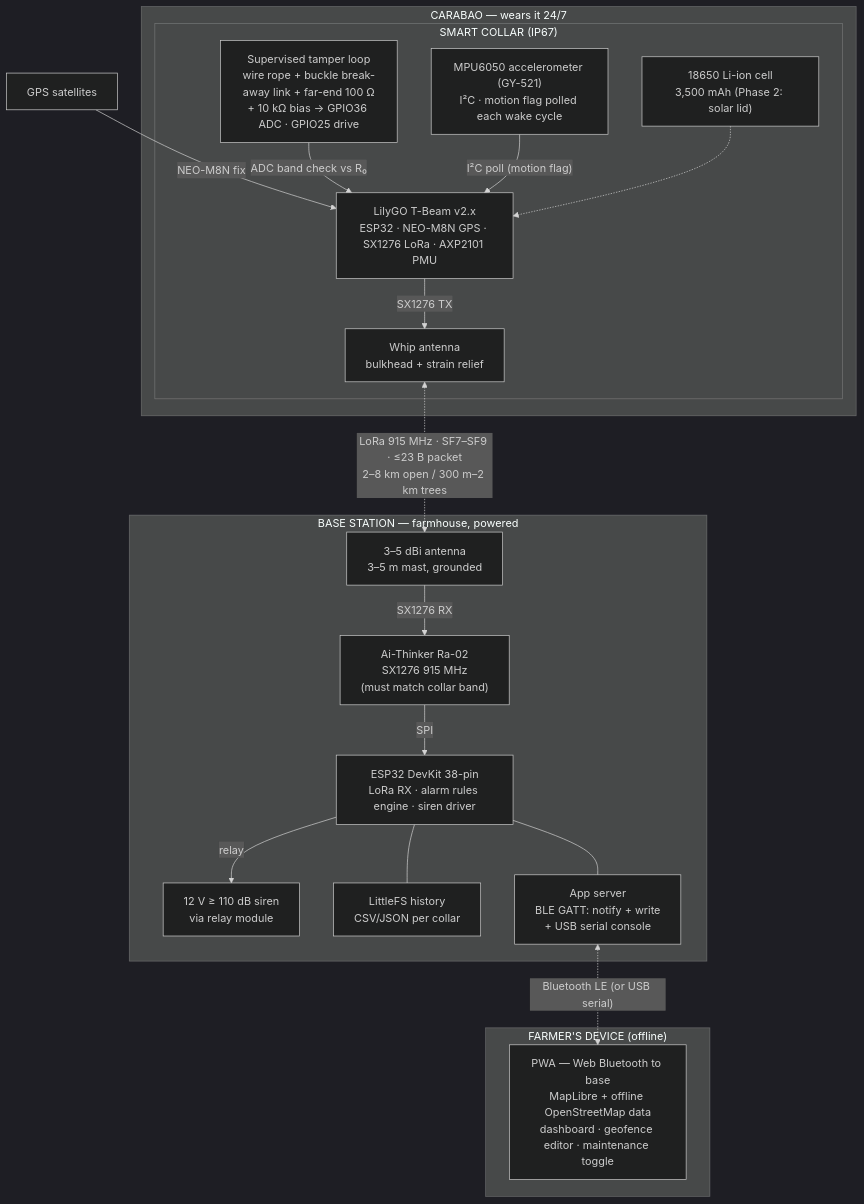
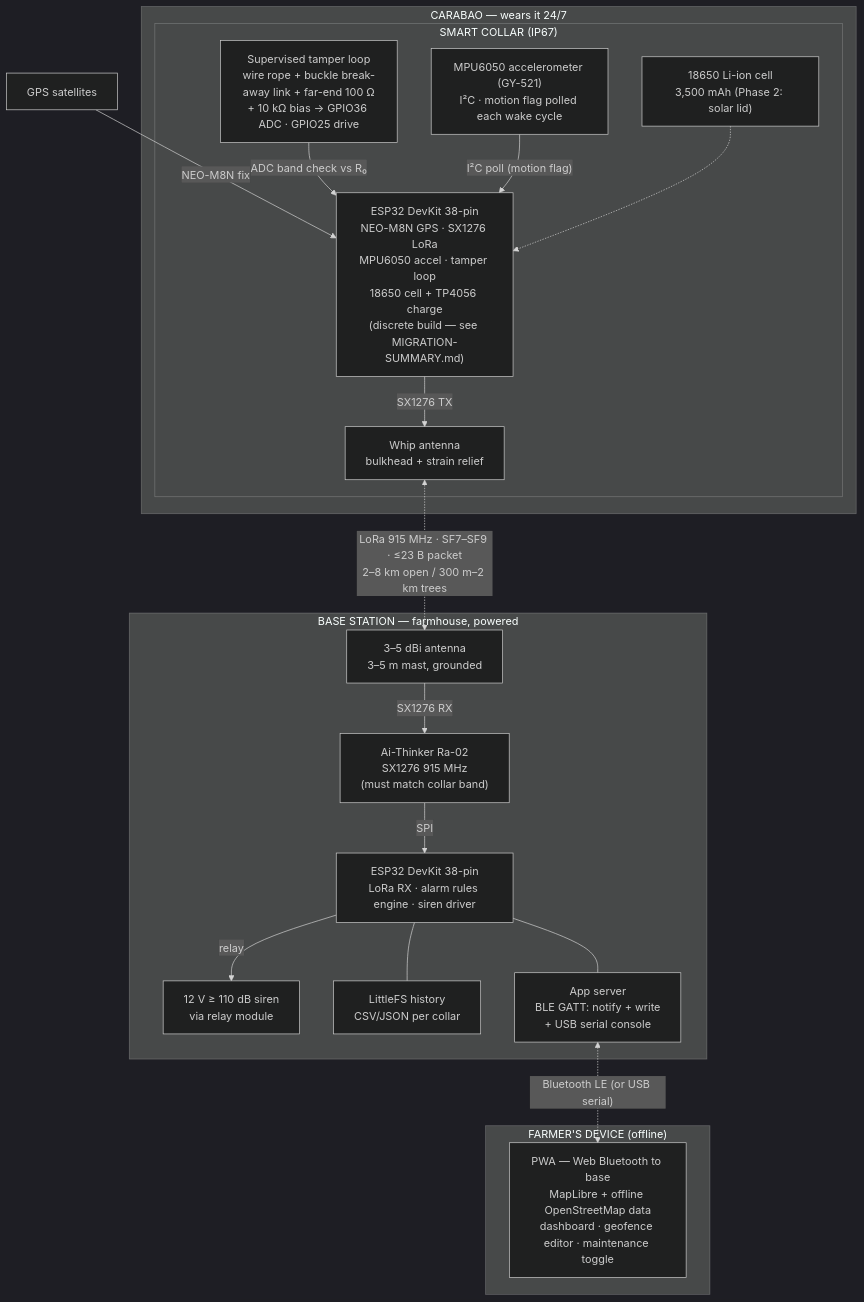
The first of 2 diagrams in docs/BLOCK-DIAGRAM.md (qppd/smart-collar), drawn with Mermaid (dark theme) before and after one commit. The commit also changed other lines of this file and 14 other files, not shown here.

First line of the commit message:
Hardware migration: Replace T-Beam v2.x with discrete ESP32 DevKit build

````diff
--- a/docs/BLOCK-DIAGRAM.md
+++ b/docs/BLOCK-DIAGRAM.md
@@ -9,40 +9,40 @@
 ```mermaid
 flowchart TB
     GPS["GPS satellites"]
 
     subgraph COW["CARABAO — wears it 24/7"]
         subgraph COLLAR["SMART COLLAR (IP67)"]
-            TBEAM["LilyGO T-Beam v2.x<br/>ESP32 · NEO-M8N GPS · SX1276 LoRa · AXP2101 PMU"]
+            ESP32["ESP32 DevKit 38-pin<br/>NEO-M8N GPS · SX1276 LoRa<br/>MPU6050 accel · tamper loop<br/>18650 cell + TP4056 charge<br/>(discrete build — see MIGRATION-SUMMARY.md)"]
             LOOP["Supervised tamper loop<br/>wire rope + buckle break-away link + far-end 100 Ω<br/>+ 10 kΩ bias → GPIO36 ADC · GPIO25 drive"]
             ACCEL["MPU6050 accelerometer (GY-521)<br/>I²C · motion flag polled each wake cycle"]
             CELL["18650 Li-ion cell<br/>3,500 mAh (Phase 2: solar lid)"]
             WHIP["Whip antenna<br/>bulkhead + strain relief"]
         end
     end
 
     subgraph BASE["BASE STATION — farmhouse, powered"]
         DEVKIT["ESP32 DevKit 38-pin<br/>LoRa RX · alarm rules engine · siren driver"]
         RA02["Ai-Thinker Ra-02<br/>SX1276 915 MHz<br/>(must match collar band)"]
         MAST["3–5 dBi antenna<br/>3–5 m mast, grounded"]
         SIREN["12 V ≥ 110 dB siren<br/>via relay module"]
         STORE["LittleFS history<br/>CSV/JSON per collar"]
         APSRV["App server<br/>BLE GATT: notify + write<br/>+ USB serial console"]
     end
 
     subgraph FARM["FARMER'S DEVICE (offline)"]
         PWA["PWA — Web Bluetooth to base<br/>MapLibre + offline OpenStreetMap data<br/>dashboard · geofence editor · maintenance toggle"]
     end
 
-    GPS -- "NEO-M8N fix" --> TBEAM
-    LOOP -- "ADC band check vs R₀" --> TBEAM
-    ACCEL -- "I²C poll (motion flag)" --> TBEAM
-    CELL -.-> TBEAM
-    TBEAM -- "SX1276 TX" --> WHIP
+    GPS -- "NEO-M8N fix" --> ESP32
+    LOOP -- "ADC band check vs R₀" --> ESP32
+    ACCEL -- "I²C poll (motion flag)" --> ESP32
+    CELL -.-> ESP32
+    ESP32 -- "SX1276 TX" --> WHIP
     WHIP <-. "LoRa 915 MHz · SF7–SF9 · ≤23 B packet<br/>2–8 km open / 300 m–2 km trees" .-> MAST
     MAST -- "SX1276 RX" --> RA02
     RA02 -- "SPI" --> DEVKIT
     DEVKIT -- "relay" --> SIREN
     DEVKIT --- STORE
     DEVKIT --- APSRV
     APSRV <-. "Bluetooth LE (or USB serial)" .-> PWA
 ```
````
